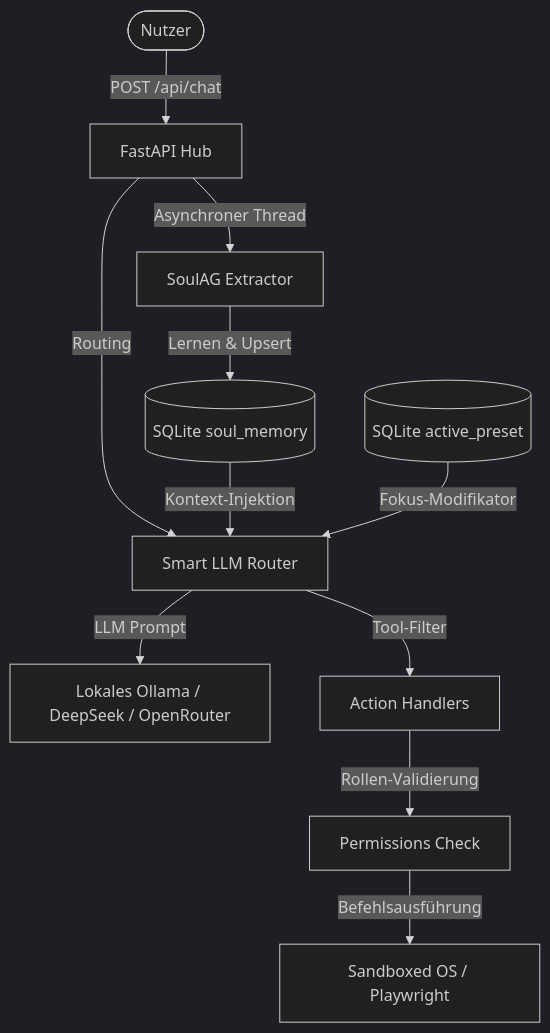
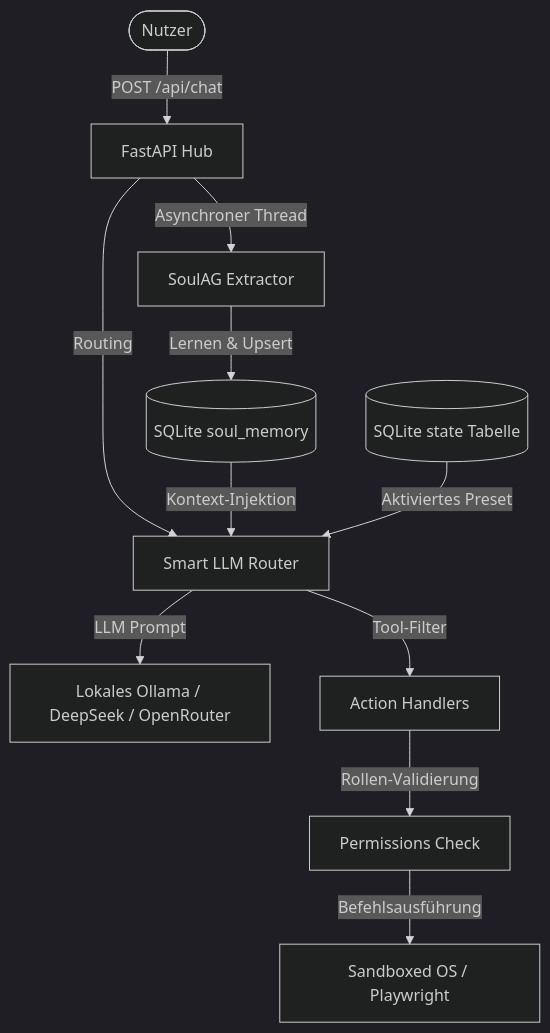
Before and after one commit to landjunge/Gnom-Hub-Clean: the diagram in README.md, drawn with Mermaid (dark theme). The commit also changed other lines of this file, not shown here.

Commit message:
Finale README mit 8-Agenten und Preset-System + technische Dokumentation

````diff
--- a/README.md
+++ b/README.md
@@ -20,13 +22,13 @@
 ```mermaid
 graph TD
     User([Nutzer]) -->|POST /api/chat| Hub[FastAPI Hub]
     Hub -->|Asynchroner Thread| Soul[SoulAG Extractor]
     Soul -->|Lernen & Upsert| DB[(SQLite soul_memory)]
     Hub -->|Routing| Router[Smart LLM Router]
     DB -->|Kontext-Injektion| Router
-    State[(SQLite active_preset)] -->|Fokus-Modifikator| Router
+    State[(SQLite state Tabelle)] -->|Aktiviertes Preset| Router
     Router -->|LLM Prompt| LLM[Lokales Ollama / DeepSeek / OpenRouter]
     Router -->|Tool-Filter| Action[Action Handlers]
     Action -->|Rollen-Validierung| Perm[Permissions Check]
     Perm -->|Befehlsausführung| OS[Sandboxed OS / Playwright]
 ```
````
